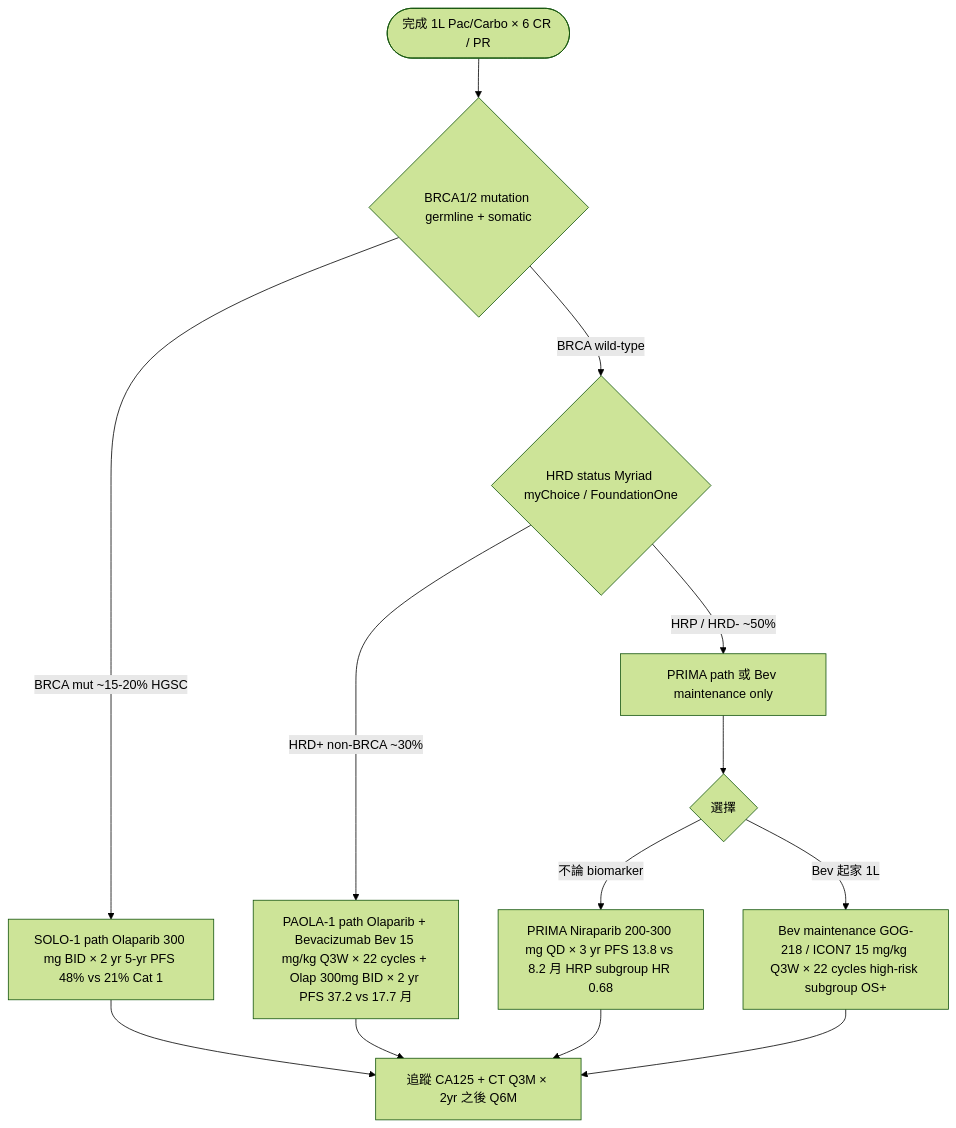
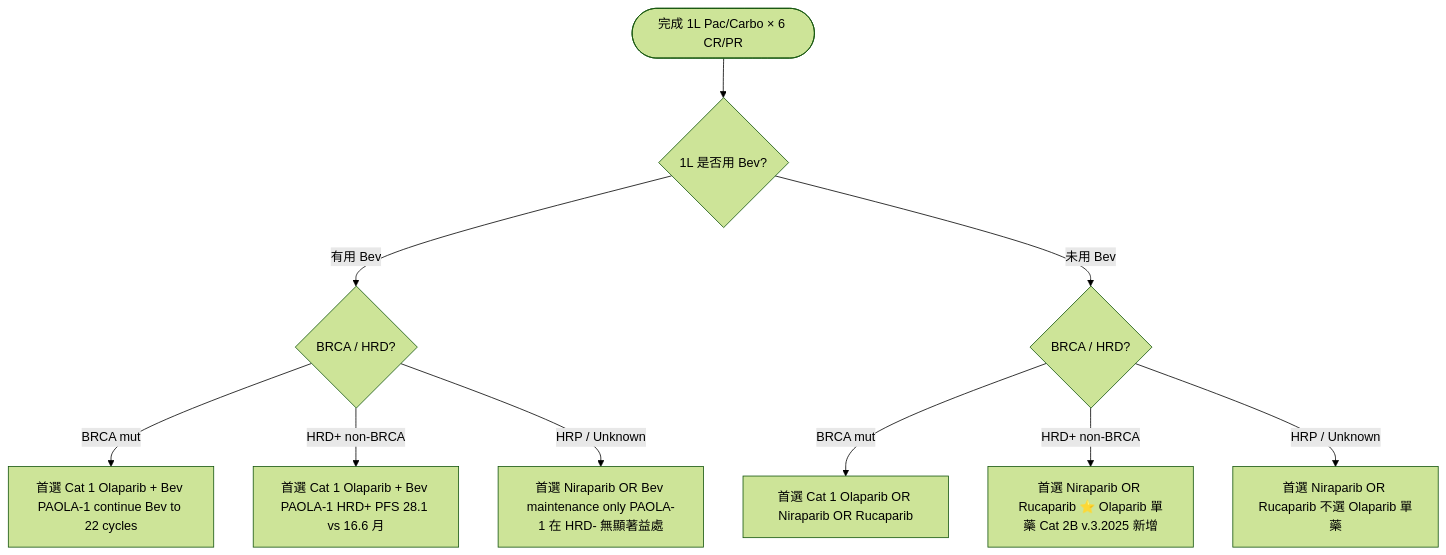
The second of 3 diagrams in data/ovarian/treatment.md (bluesunshine515-crypto/gynonc-board), drawn with Mermaid (forest theme) before and after one commit. The commit also changed other lines of this file and 7 other files, not shown here.

````diff
--- a/data/ovarian/treatment.md
+++ b/data/ovarian/treatment.md
@@ -65,21 +52,12 @@
 ```mermaid
 flowchart TD
-  Start([完成 1L Pac/Carbo × 6 CR / PR]) --> BRCA{BRCA1/2 mutation germline + somatic}
-
-  BRCA -->|BRCA mut ~15-20% HGSC| BRCA_path[SOLO-1 path Olaparib 300 mg BID × 2 yr 5-yr PFS 48% vs 21% Cat 1]
-
-  BRCA -->|BRCA wild-type| HRD{HRD status Myriad myChoice / FoundationOne}
-
-  HRD -->|HRD+ non-BRCA ~30%| HRD_path[PAOLA-1 path Olaparib + Bevacizumab Bev 15 mg/kg Q3W × 22 cycles + Olap 300mg BID × 2 yr PFS 37.2 vs 17.7 月]
-
-  HRD -->|HRP / HRD- ~50%| HRP_path[PRIMA path 或 Bev maintenance only]
-
-  HRP_path --> Choice{選擇}
-  Choice -->|不論 biomarker| Nira[PRIMA Niraparib 200-300 mg QD × 3 yr PFS 13.8 vs 8.2 月 HRP subgroup HR 0.68]
-  Choice -->|Bev 起家 1L| Bev_alone[Bev maintenance GOG-218 / ICON7 15 mg/kg Q3W × 22 cycles high-risk subgroup OS+]
-
-  BRCA_path --> FollowUp[追蹤 CA125 + CT Q3M × 2yr 之後 Q6M]
-  HRD_path --> FollowUp
-  Nira --> FollowUp
-  Bev_alone --> FollowUp
+  Start([完成 1L Pac/Carbo × 6 CR/PR]) --> BevUsed{1L 是否用 Bev?}
+  BevUsed -->|有用 Bev| BevYes{BRCA / HRD?}
+  BevUsed -->|未用 Bev| BevNo{BRCA / HRD?}
+  BevNo -->|BRCA mut| BNo_BRCA[首選 Cat 1 Olaparib OR Niraparib OR Rucaparib]
+  BevNo -->|HRD+ non-BRCA| BNo_HRD[首選 Niraparib OR Rucaparib ⭐ Olaparib 單藥 Cat 2B v.3.2025 新增]
+  BevNo -->|HRP / Unknown| BNo_HRP[首選 Niraparib OR Rucaparib 不選 Olaparib 單藥]
+  BevYes -->|BRCA mut| BYes_BRCA[首選 Cat 1 Olaparib + Bev PAOLA-1 continue Bev to 22 cycles]
+  BevYes -->|HRD+ non-BRCA| BYes_HRD[首選 Cat 1 Olaparib + Bev PAOLA-1 HRD+ PFS 28.1 vs 16.6 月]
+  BevYes -->|HRP / Unknown| BYes_HRP[首選 Niraparib OR Bev maintenance only PAOLA-1 在 HRD- 無顯著益處]
 ```
````
